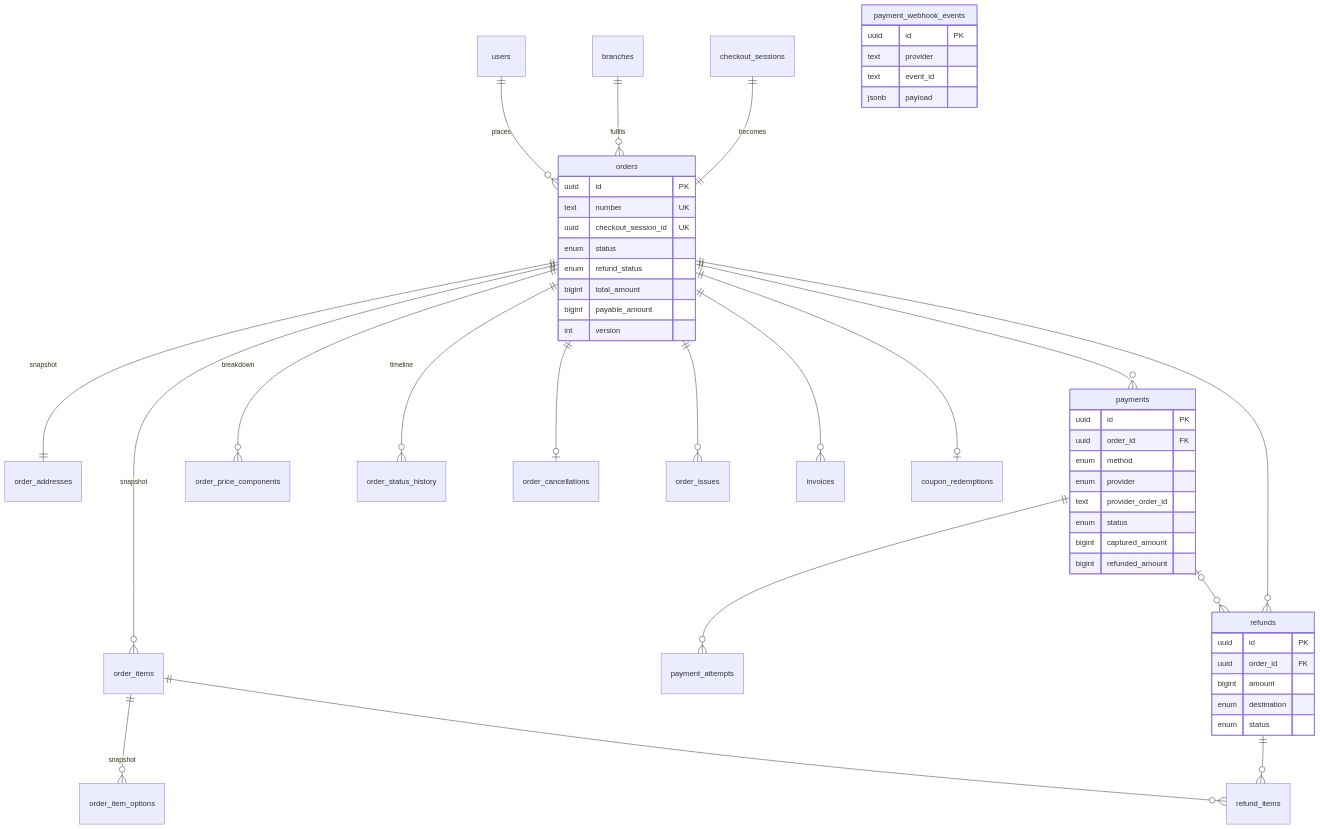
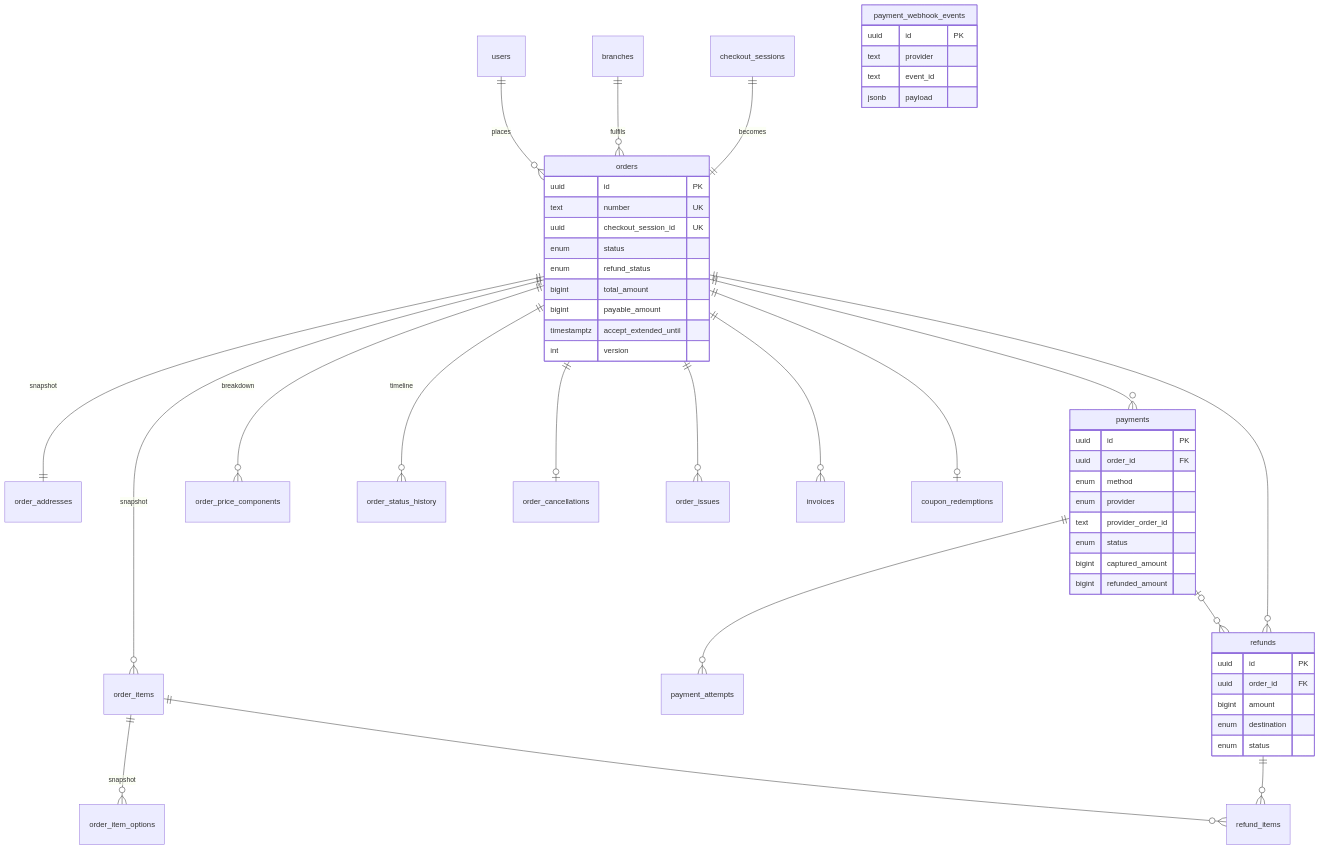
Before and after one commit to shaswat-shrey/FoodOrderingSystem: the fifth of 8 diagrams in docs/database/ERD.md, drawn with Mermaid. The commit also changed other lines of this file and 20 other files, not shown here.

Commit message:
docs: demo guide, known limitations, future roadmap; Phase 14 status (SRS v0.11.2)

````diff
--- a/docs/database/ERD.md
+++ b/docs/database/ERD.md
@@ -192,54 +199,55 @@
 ```mermaid
 erDiagram
   users ||--o{ orders : "places"
   branches ||--o{ orders : "fulfils"
   checkout_sessions ||--|| orders : "becomes"
   orders ||--|| order_addresses : "snapshot"
   orders ||--o{ order_items : "snapshot"
   order_items ||--o{ order_item_options : "snapshot"
   orders ||--o{ order_price_components : "breakdown"
   orders ||--o{ order_status_history : "timeline"
   orders ||--o| order_cancellations : ""
   orders ||--o{ order_issues : ""
   orders ||--o{ invoices : ""
   orders ||--o| coupon_redemptions : ""
   orders ||--o{ payments : ""
   payments ||--o{ payment_attempts : ""
   orders ||--o{ refunds : ""
   payments |o--o{ refunds : ""
   refunds ||--o{ refund_items : ""
   order_items ||--o{ refund_items : ""
   orders {
     uuid id PK
     text number UK
     uuid checkout_session_id UK
     enum status
     enum refund_status
     bigint total_amount
     bigint payable_amount
+    timestamptz accept_extended_until
     int version
   }
   payments {
     uuid id PK
     uuid order_id FK
     enum method
     enum provider
     text provider_order_id
     enum status
     bigint captured_amount
     bigint refunded_amount
   }
   payment_webhook_events {
     uuid id PK
     text provider
     text event_id
     jsonb payload
   }
   refunds {
     uuid id PK
     uuid order_id FK
     bigint amount
     enum destination
     enum status
   }
 ```
````
